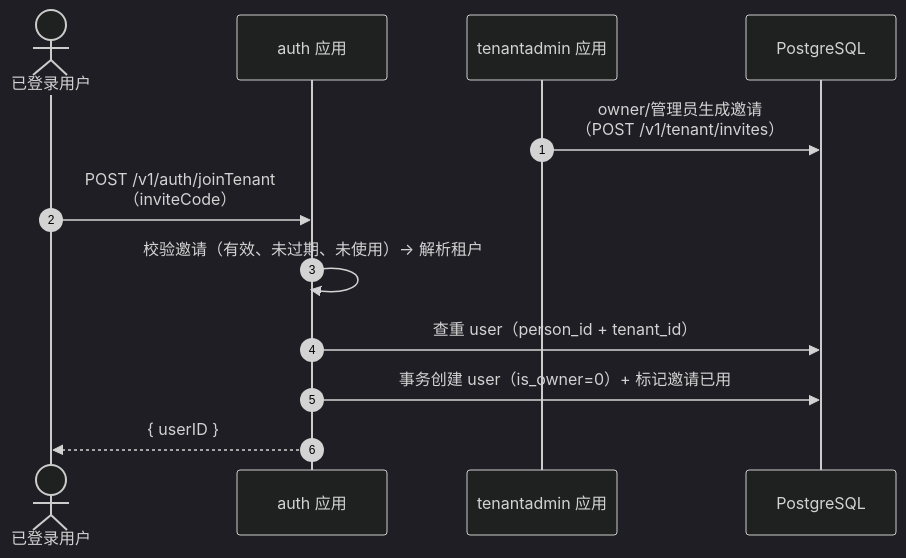
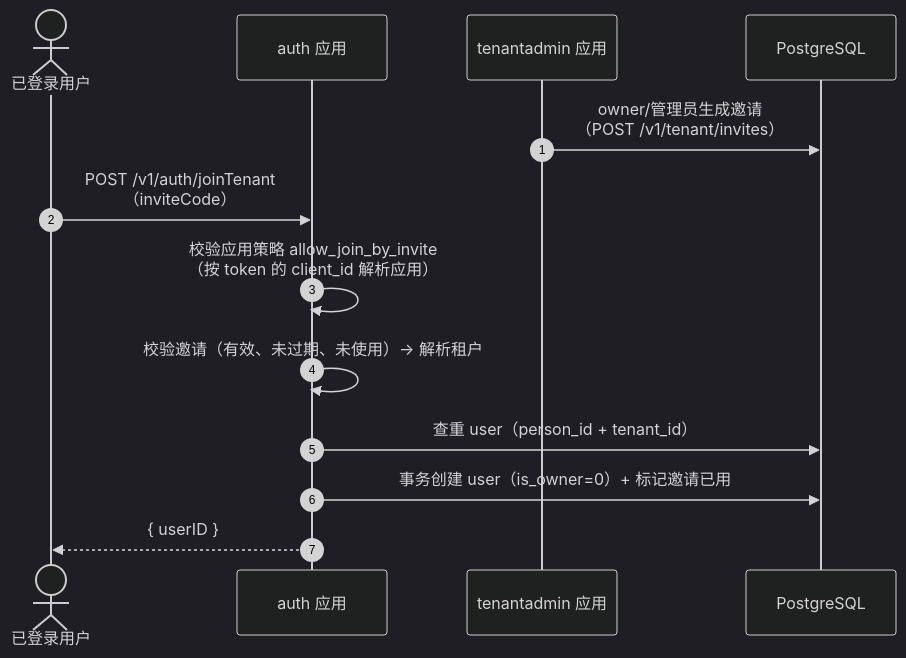
One commit to morehao/ark-iam changed the fifth of 15 diagrams in docs/design/system-design.md. Above: the diagram before and after it, drawn with Mermaid (dark theme). The commit also changed other lines of this file and 100 other files, not shown here.

First line of the commit message:
fix(auth): enforce allow_join_by_invite gate on tenant join (#64)

````diff
--- a/docs/design/system-design.md
+++ b/docs/design/system-design.md
@@ -582,15 +628,16 @@
 ```mermaid
 sequenceDiagram
     autonumber
     actor U as 已登录用户
     participant A as auth 应用
     participant AT as tenantadmin 应用
     participant DB as PostgreSQL
 
     AT->>DB: owner/管理员生成邀请<br/>（POST /v1/tenant/invites）
     U->>A: POST /v1/auth/joinTenant<br/>（inviteCode）
+    A->>A: 校验应用策略 allow_join_by_invite<br/>（按 token 的 client_id 解析应用）
     A->>A: 校验邀请（有效、未过期、未使用）→ 解析租户
     A->>DB: 查重 user（person_id + tenant_id）
     A->>DB: 事务创建 user（is_owner=0）+ 标记邀请已用
     A-->>U: { userID }
 ```
````
